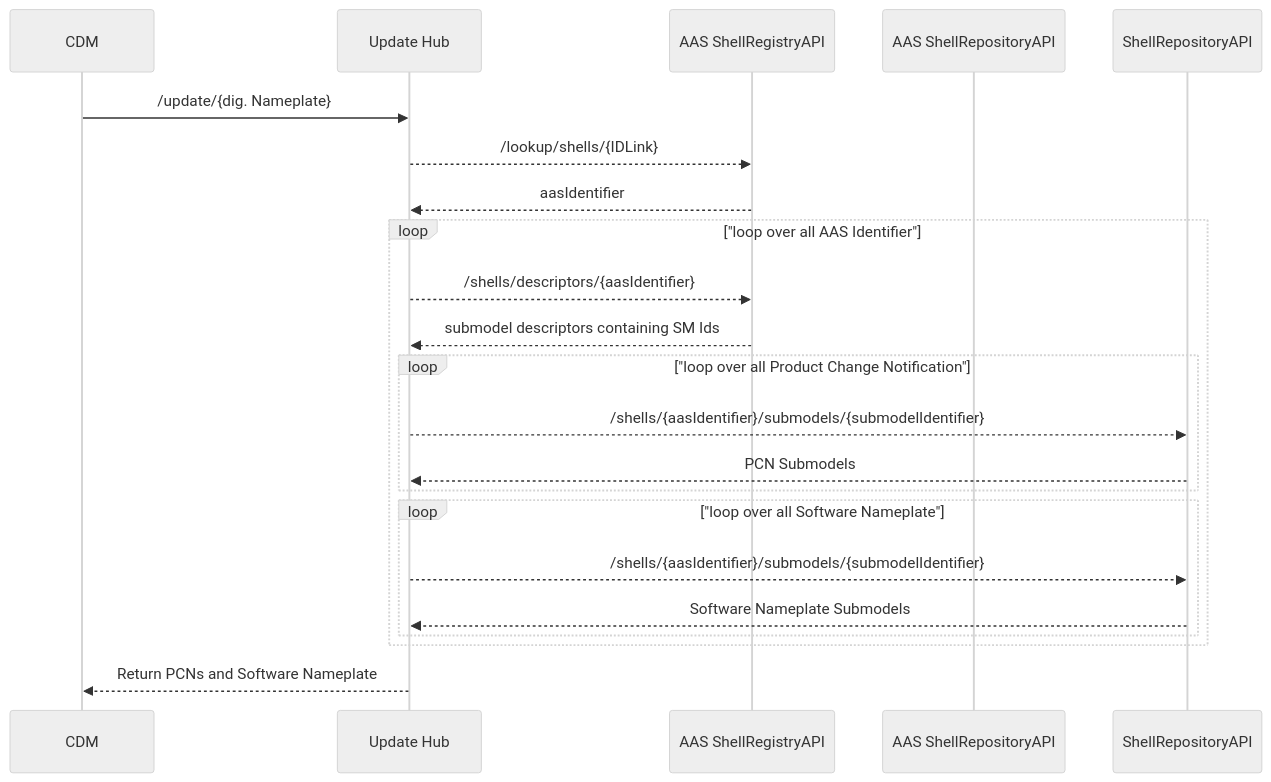
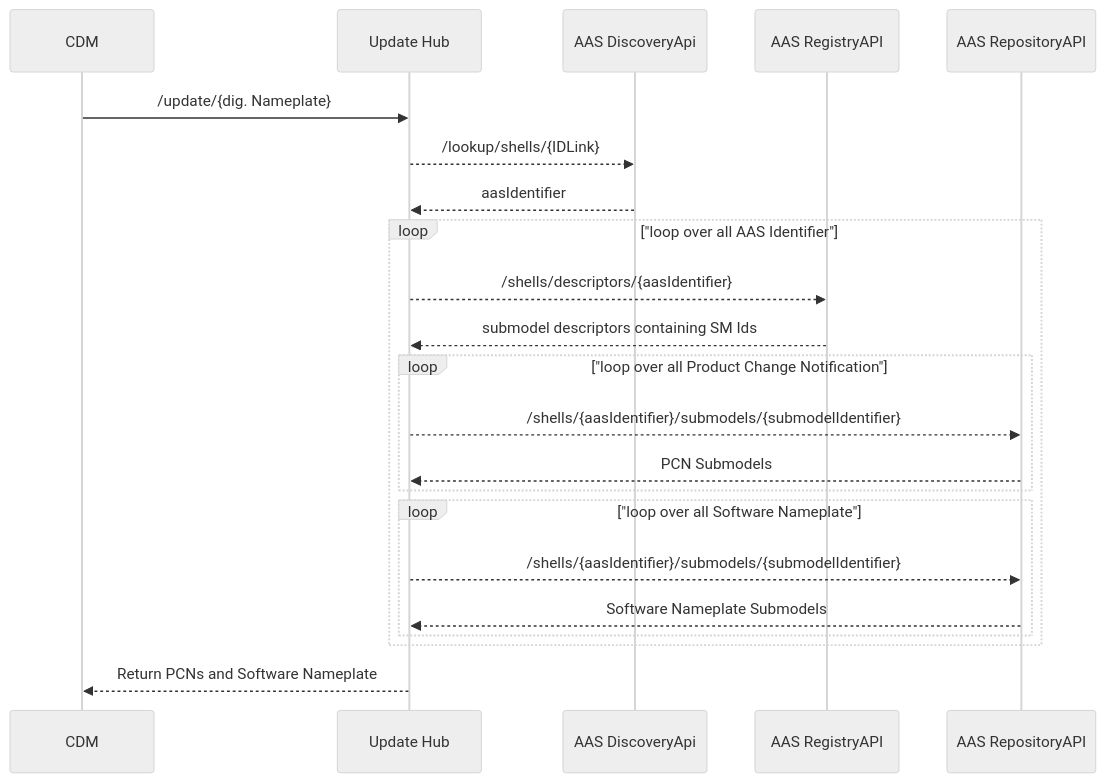
Before and after one commit to factory-x-contributions/update-hub: the second of 2 diagrams in README.md, drawn with Mermaid (neutral theme).

Commit message:
docs: provide more clearity for the sequence diagram

````diff
--- a/README.md
+++ b/README.md
@@ -51,27 +51,28 @@
 ```mermaid
 sequenceDiagram
   participant CDM
   participant Update Hub
-  participant AAS ShellRegistryAPI
-  participant AAS ShellRepositoryAPI
+  participant AAS DiscoveryApi
+  participant AAS RegistryAPI
+  participant AAS RepositoryAPI
 
   CDM->>Update Hub: /update/{dig. Nameplate}
 
-  Update Hub-->>AAS ShellRegistryAPI: /lookup/shells/{IDLink}
-  AAS ShellRegistryAPI-->>Update Hub: aasIdentifier
+  Update Hub-->>AAS DiscoveryApi: /lookup/shells/{IDLink}
+  AAS DiscoveryApi-->>Update Hub: aasIdentifier
   loop "loop over all AAS Identifier"
-    Update Hub-->>AAS ShellRegistryAPI: /shells/descriptors/{aasIdentifier}
-    AAS ShellRegistryAPI-->>Update Hub: submodel descriptors containing SM Ids
+    Update Hub-->>AAS RegistryAPI: /shells/descriptors/{aasIdentifier}
+    AAS RegistryAPI-->>Update Hub: submodel descriptors containing SM Ids
 
     loop "loop over all  Product Change Notification"
-      Update Hub -->>  ShellRepositoryAPI: /shells/{aasIdentifier}/submodels/{submodelIdentifier}
-      ShellRepositoryAPI -->> Update Hub: PCN Submodels
+      Update Hub -->>  AAS RepositoryAPI: /shells/{aasIdentifier}/submodels/{submodelIdentifier}
+      AAS RepositoryAPI -->> Update Hub: PCN Submodels
     end
 
     loop "loop over all Software Nameplate"
-      Update Hub -->>  ShellRepositoryAPI: /shells/{aasIdentifier}/submodels/{submodelIdentifier}
-      ShellRepositoryAPI -->> Update Hub: Software Nameplate Submodels
+      Update Hub -->>  AAS RepositoryAPI: /shells/{aasIdentifier}/submodels/{submodelIdentifier}
+      AAS RepositoryAPI -->> Update Hub: Software Nameplate Submodels
     end
   end
   Update Hub -->> CDM: Return PCNs and Software Nameplate
 ```
````
